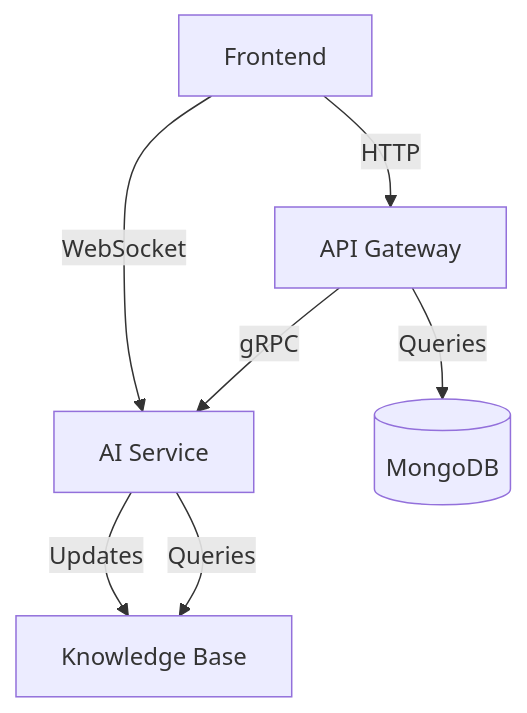
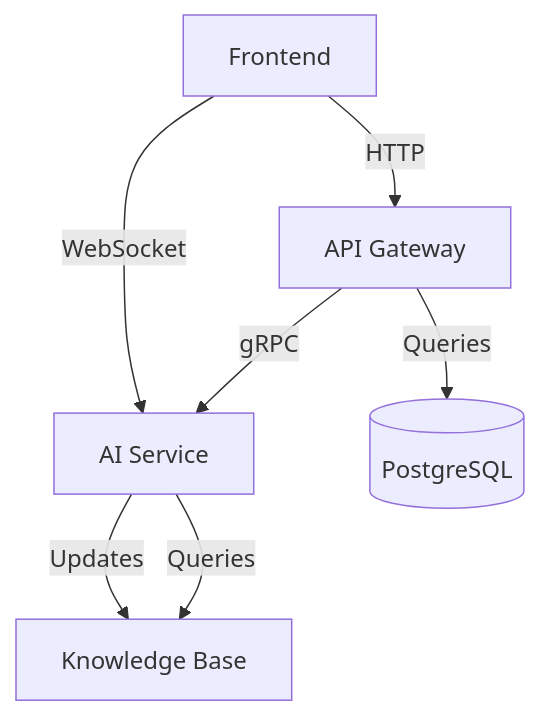
The diagram in memory-bank/systemPatterns.md (Milainvest/ai-law-professor), drawn with Mermaid before and after one commit. The commit also changed other lines of this file and 16 other files, not shown here.

````diff
--- a/memory-bank/systemPatterns.md
+++ b/memory-bank/systemPatterns.md
@@ -46,9 +47,9 @@
 ```mermaid
 flowchart TD
     FE[Frontend] -->|HTTP| AG[API Gateway]
     AG -->|gRPC| AI[AI Service]
     AI -->|Queries| KB[Knowledge Base]
     AI -->|Updates| KB
-    AG -->|Queries| DB[(MongoDB)]
+    AG -->|Queries| DB[(PostgreSQL)]
     FE -->|WebSocket| AI[AI Service]
 ```
````
